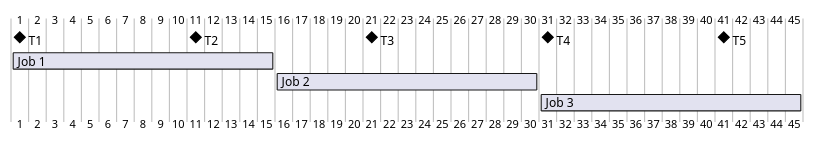
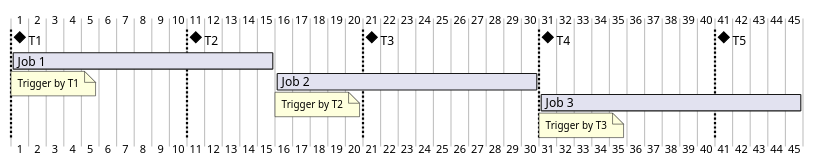
The second of 3 diagrams in docs/spring-boot/scheduler/jdbc_job_store.md (teddyprogramming/teddyprogramming.github.io), drawn with PlantUML before and after one commit. The commit also changed other lines of this file, not shown here.

````diff
--- a/docs/spring-boot/scheduler/jdbc_job_store.md
+++ b/docs/spring-boot/scheduler/jdbc_job_store.md
@@ -165,26 +185,40 @@
 ```plantuml
 @startgantt
 [T1] happens D+0
+Separator just at [T1]'s start
 
 [T2] happens D+10
 [T2] displays on same row as [T1]
+Separator just at [T2]'s start
 
 [T3] happens D+20
 [T3] displays on same row as [T1]
+Separator just at [T3]'s start
 
 [T4] happens D+30
 [T4] displays on same row as [T1]
+Separator just at [T4]'s start
 
 [T5] happens D+40
 [T5] displays on same row as [T1]
+Separator just at [T5]'s start
 
 [Job 1] starts D+0
+note bottom
+Trigger by T1
+end note
 [Job 2] starts D+15
+note bottom
+Trigger by T2
+end note
 [Job 3] starts D+30
+note bottom
+Trigger by T3
+end note
 
 [Job 1] requires 15 days
 [Job 2] requires 15 days
 [Job 3] requires 15 days
 
 @endgantt
 ```
````
